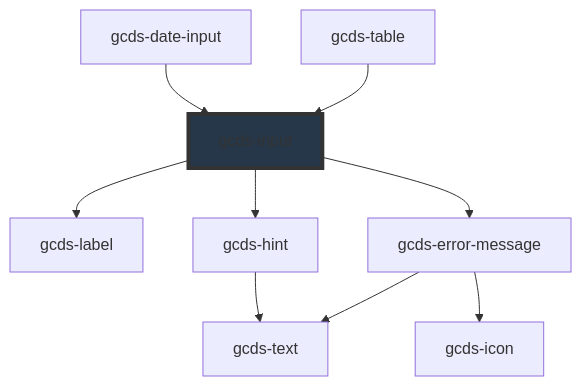
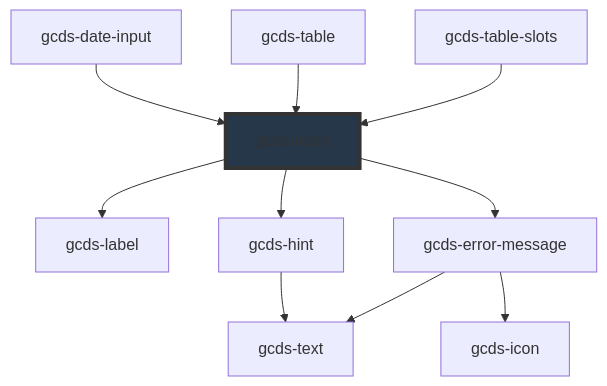
The diagram in packages/web/src/components/gcds-input/readme.md (cds-snc/gcds-components), drawn with Mermaid before and after one commit. The commit also changed other lines of this file and 29 other files, not shown here.

Commit message:
Add gcds-table-slots for testing use of slots

````diff
--- a/packages/web/src/components/gcds-input/readme.md
+++ b/packages/web/src/components/gcds-input/readme.md
@@ -104,12 +105,13 @@
 ```mermaid
 graph TD;
   gcds-input --> gcds-label
   gcds-input --> gcds-hint
   gcds-input --> gcds-error-message
   gcds-hint --> gcds-text
   gcds-error-message --> gcds-text
   gcds-error-message --> gcds-icon
   gcds-date-input --> gcds-input
   gcds-table --> gcds-input
+  gcds-table-slots --> gcds-input
   style gcds-input fill:#26374a,stroke:#333,stroke-width:4px
 ```
````
